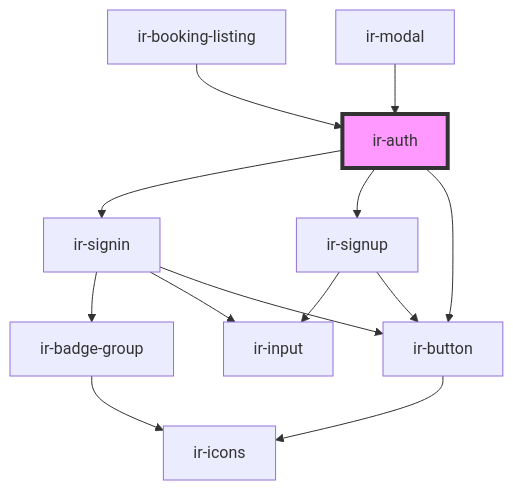
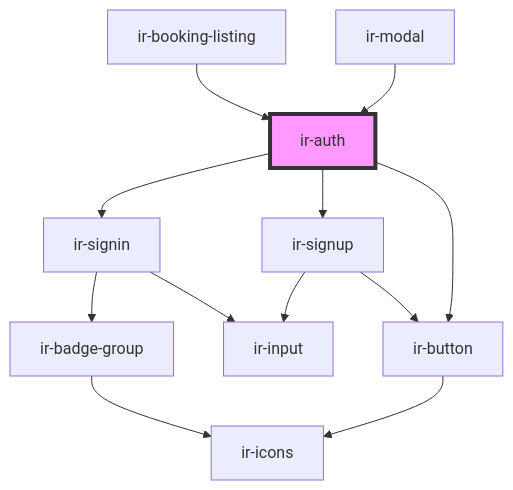
Before and after one commit to RonyRizk/ir-be: the diagram in src/components/ir-booking-engine/ir-nav/ir-auth/readme.md, drawn with Mermaid. The commit also changed 52 other files, not shown here.

````diff
--- a/src/components/ir-booking-engine/ir-nav/ir-auth/readme.md
+++ b/src/components/ir-booking-engine/ir-nav/ir-auth/readme.md
@@ -36,16 +36,15 @@
 ```mermaid
 graph TD;
   ir-auth --> ir-signin
   ir-auth --> ir-signup
   ir-auth --> ir-button
   ir-signin --> ir-badge-group
   ir-signin --> ir-input
-  ir-signin --> ir-button
   ir-badge-group --> ir-icons
-  ir-button --> ir-icons
   ir-signup --> ir-input
   ir-signup --> ir-button
+  ir-button --> ir-icons
   ir-booking-listing --> ir-auth
   ir-modal --> ir-auth
   style ir-auth fill:#f9f,stroke:#333,stroke-width:4px
 ```
````
